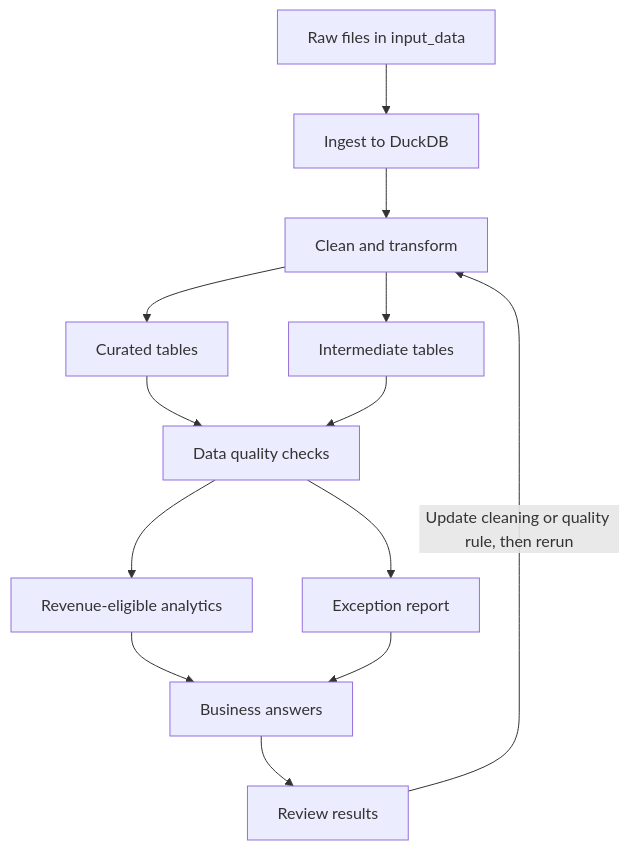
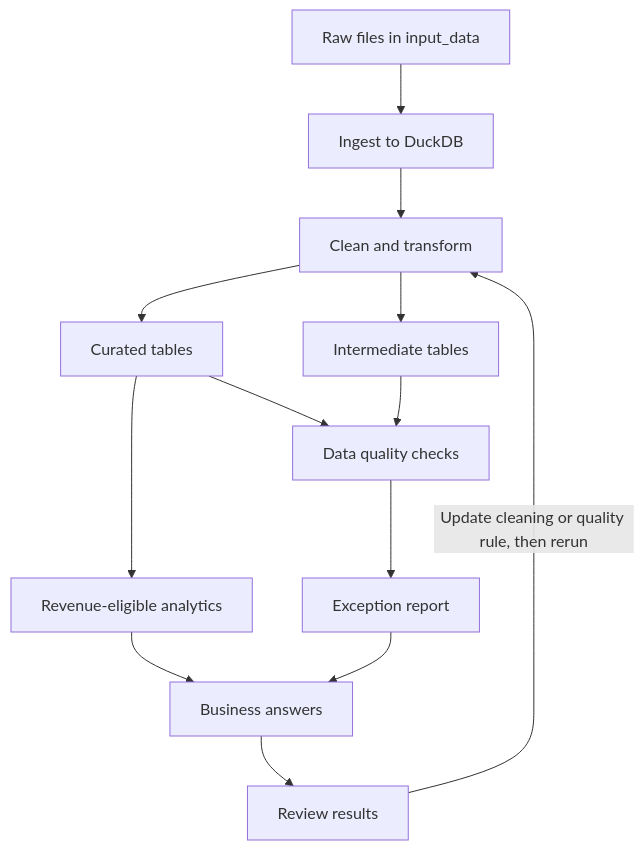
The diagram in README.md (dahimbis/omni-retail-agentic-data-management), drawn with Mermaid before and after one commit. The commit also changed other lines of this file, not shown here.

Commit message:
Polish submission documentation and verification

````diff
--- a/README.md
+++ b/README.md
@@ -47,20 +47,20 @@
 ```mermaid
 flowchart TD
   A[Raw files in input_data] --> B[Ingest to DuckDB]
   B --> C[Clean and transform]
 
   C --> D[Curated tables]
   C --> E[Intermediate tables]
 
   D --> F[Data quality checks]
   E --> F
 
-  F --> G[Revenue-eligible analytics]
+  D --> G[Revenue-eligible analytics]
   F --> H[Exception report]
 
   G --> I[Business answers]
   H --> I
 
   I --> J[Review results]
   J -->|Update cleaning or quality rule, then rerun| C
 ```
````
